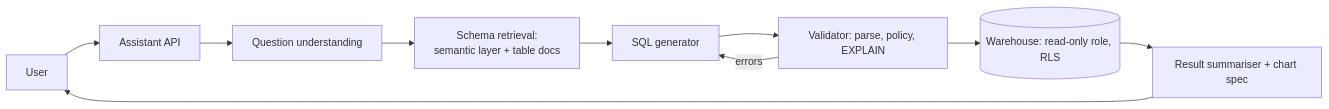
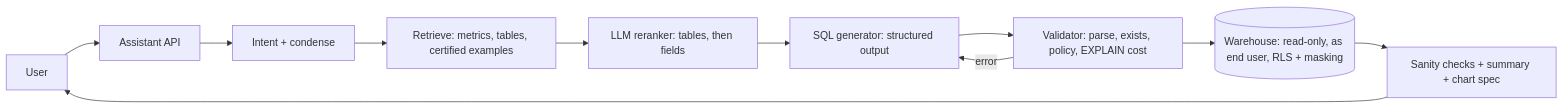
Before and after one commit to zekkrron/cs-knowledge-base: the first of 5 diagrams in Agentic/Problems/06 - Text-to-SQL Analytics Assistant.md, drawn with Mermaid. The commit also changed other lines of this file and 46 other files, not shown here.

````diff
--- a/Agentic/Problems/06 - Text-to-SQL Analytics Assistant.md
+++ b/Agentic/Problems/06 - Text-to-SQL Analytics Assistant.md
@@ -23,12 +107,13 @@
 ```mermaid
 flowchart LR
     U[User] --> API[Assistant API]
-    API --> PLAN[Question understanding]
-    PLAN --> CTX[Schema retrieval:<br/>semantic layer + table docs]
-    CTX --> GEN[SQL generator]
-    GEN --> VAL[Validator: parse, policy, EXPLAIN]
-    VAL -->|errors| GEN
-    VAL --> WH[(Warehouse: read-only role, RLS)]
-    WH --> SUM[Result summariser + chart spec]
+    API --> IC[Intent + condense]
+    IC --> RET[Retrieve: metrics, tables, certified examples]
+    RET --> RR[LLM reranker: tables, then fields]
+    RR --> GEN[SQL generator: structured output]
+    GEN --> VAL[Validator: parse, exists, policy, EXPLAIN cost]
+    VAL -->|error| GEN
+    VAL --> WH[(Warehouse: read-only, as end user, RLS + masking)]
+    WH --> SUM[Sanity checks + summary + chart spec]
     SUM --> U
 ```
````
